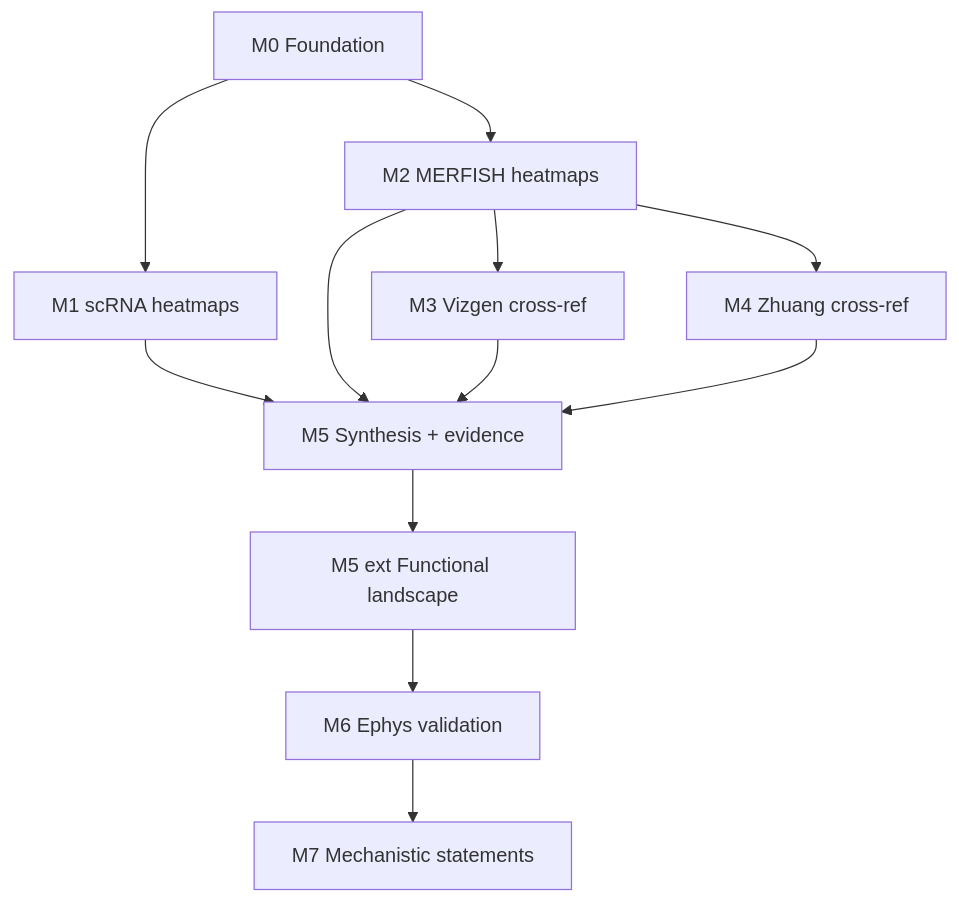
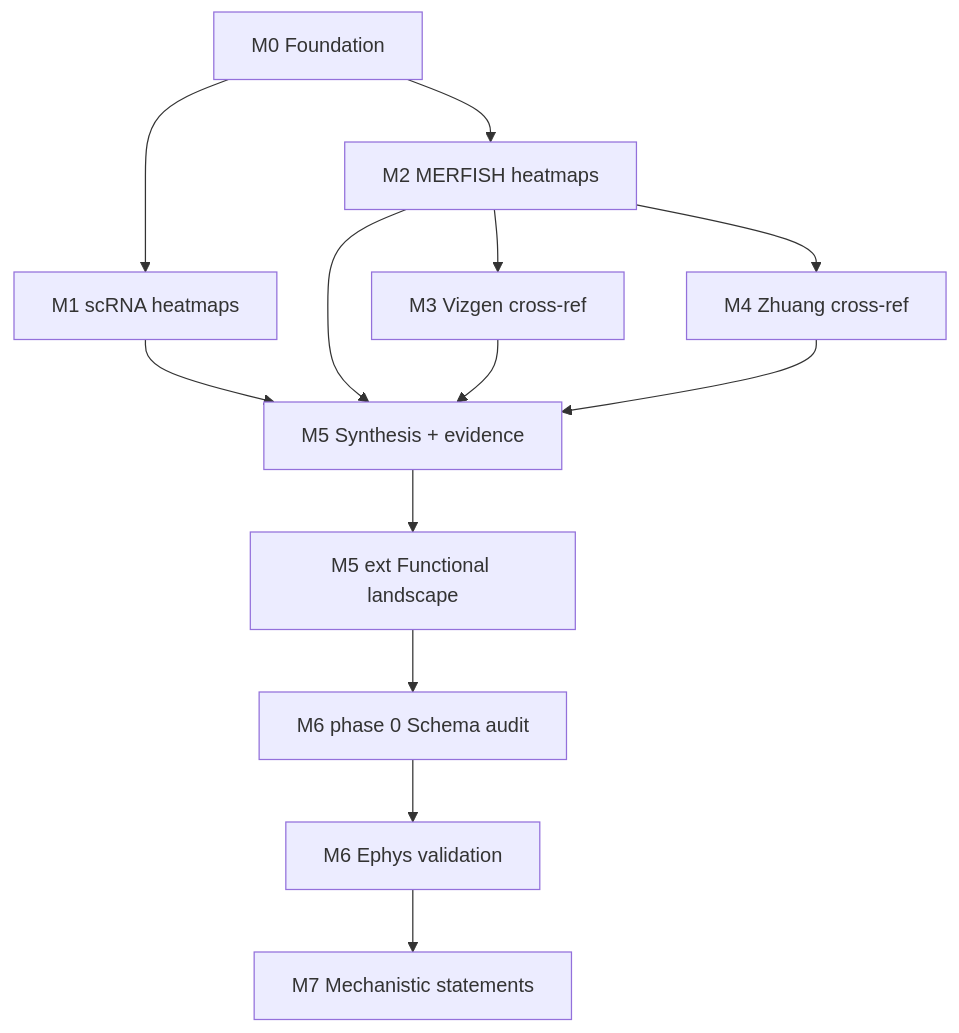
The diagram in MILESTONES.md (ederancz/Expresso), drawn with Mermaid before and after one commit. The commit also changed other lines of this file and 16 other files, not shown here.

````diff
--- a/MILESTONES.md
+++ b/MILESTONES.md
@@ -227,24 +267,25 @@
 ```mermaid
 flowchart TD
   M0[M0 Foundation]
   M1[M1 scRNA heatmaps]
   M2[M2 MERFISH heatmaps]
   M3[M3 Vizgen cross-ref]
   M4[M4 Zhuang cross-ref]
   M5[M5 Synthesis + evidence]
   M5x[M5 ext Functional landscape]
   M6[M6 Ephys validation]
   M7[M7 Mechanistic statements]
 
   M0 --> M1
   M0 --> M2
   M2 --> M3
   M2 --> M4
   M1 --> M5
   M2 --> M5
   M3 --> M5
   M4 --> M5
   M5 --> M5x
-  M5x --> M6
+  M5x --> M6a[M6 phase 0 Schema audit]
+  M6a --> M6
   M6 --> M7
 ```
````
